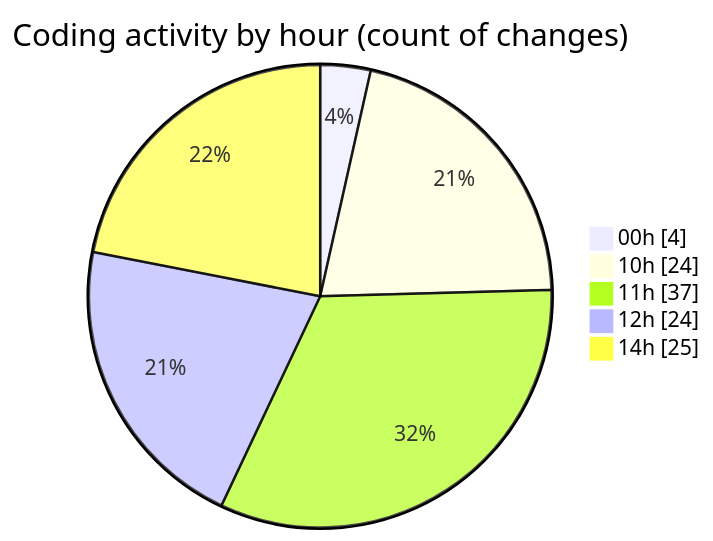
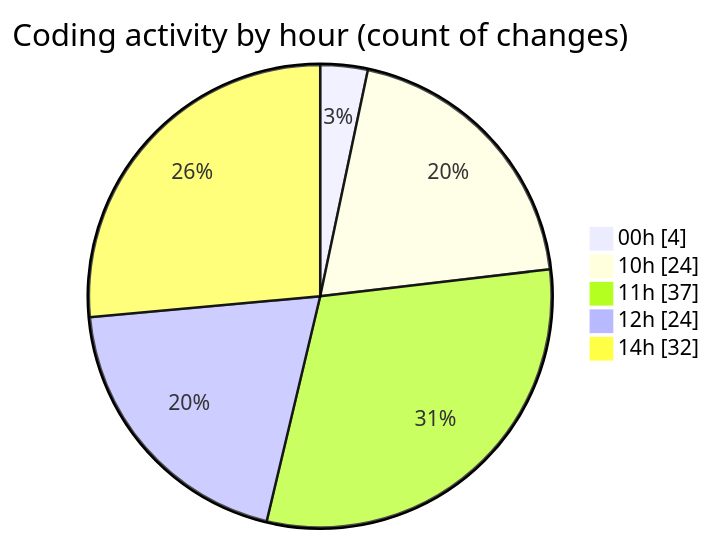
Before and after one commit to Netris89/code-tracking: the second of 2 diagrams in 2025-04-04/back-end/README.md, drawn with Mermaid. The commit also changed other lines of this file and 1 other file, not shown here.

````diff
--- a/2025-04-04/back-end/README.md
+++ b/2025-04-04/back-end/README.md
@@ -45,9 +46,9 @@
 ```mermaid
 pie showData
 title Coding activity by hour (count of changes)
 "00h" : 4
 "10h" : 24
 "11h" : 37
 "12h" : 24
-"14h" : 25
+"14h" : 32
 ```
````
